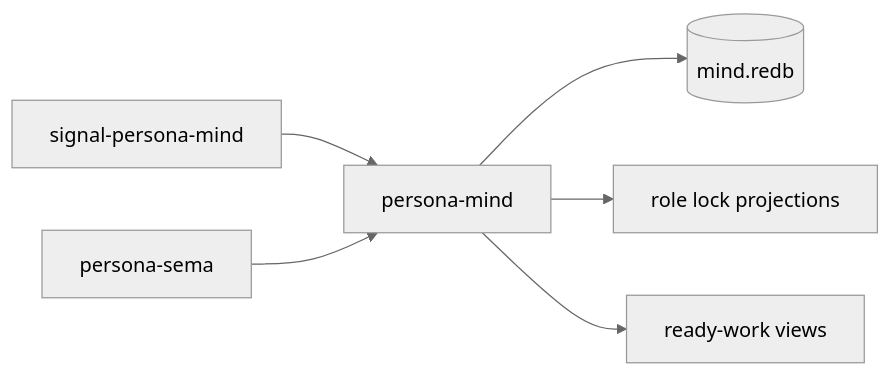
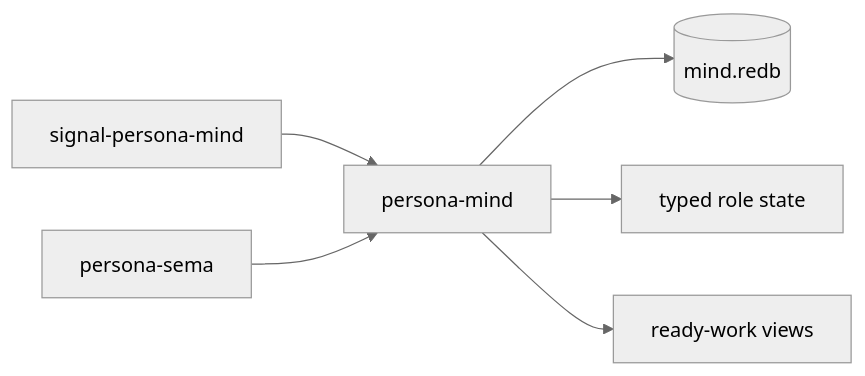
The first of 24 diagrams in reports/operator/101-persona-mind-full-architecture-proposal.md (LiGoldragon/primary), drawn with Mermaid (neutral theme) before and after one commit. The commit also changed other lines of this file, not shown here.

Commit message:
expand persona-mind actor architecture visuals

````diff
--- a/reports/operator/101-persona-mind-full-architecture-proposal.md
+++ b/reports/operator/101-persona-mind-full-architecture-proposal.md
@@ -23,8 +23,8 @@
 ```mermaid
 flowchart LR
     contracts["signal-persona-mind"] --> mind["persona-mind"]
     sema["persona-sema"] --> mind
     mind --> db[("mind.redb")]
-    mind --> projections["role lock projections"]
+    mind --> roles["typed role state"]
     mind --> views["ready-work views"]
 ```
````
